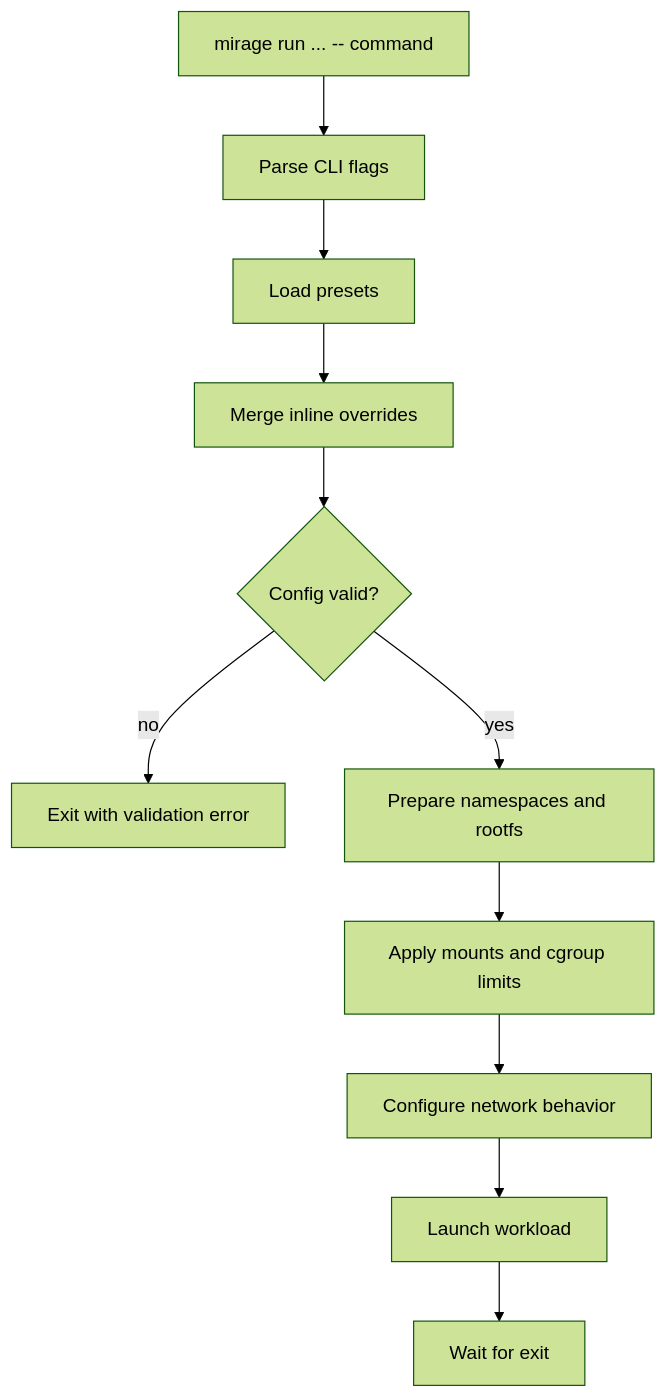
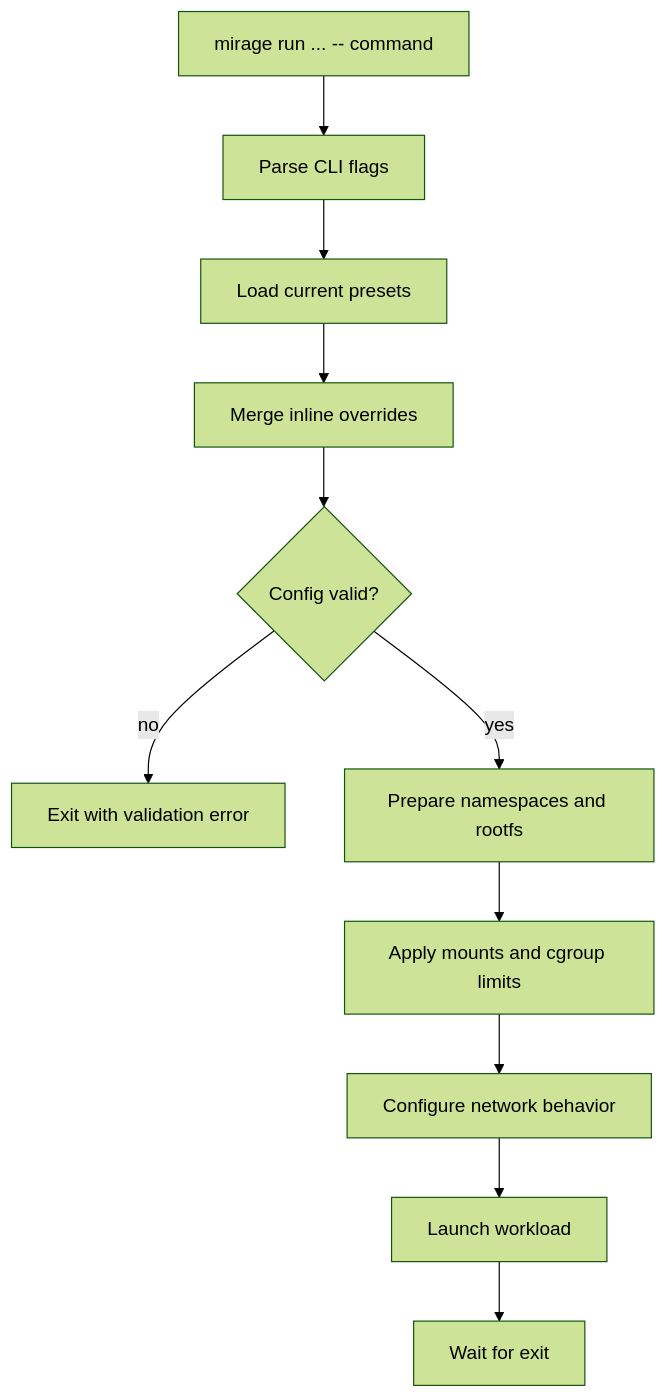
The diagram in docs/architecture.md (DemonGiggle/mirage), drawn with Mermaid (forest theme) before and after one commit. The commit also changed other lines of this file and 8 other files, not shown here.

````diff
--- a/docs/architecture.md
+++ b/docs/architecture.md
@@ -207,13 +210,13 @@
 ```mermaid
 flowchart TD
     A["mirage run ... -- command"] --> B[Parse CLI flags]
-    B --> C[Load presets]
+    B --> C[Load current presets]
     C --> D[Merge inline overrides]
     D --> E{Config valid?}
     E -- no --> F[Exit with validation error]
     E -- yes --> G[Prepare namespaces and rootfs]
     G --> H[Apply mounts and cgroup limits]
     H --> I[Configure network behavior]
     I --> J[Launch workload]
     J --> K[Wait for exit]
 ```
````
